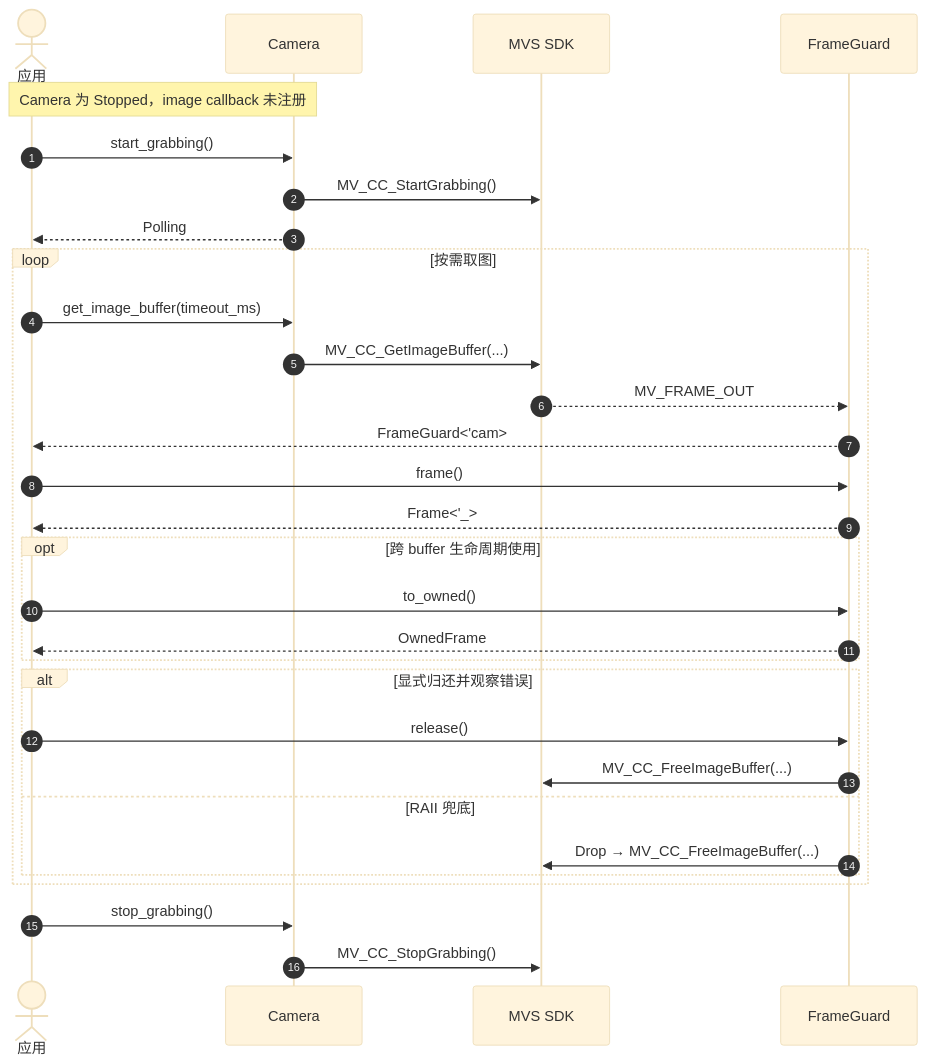
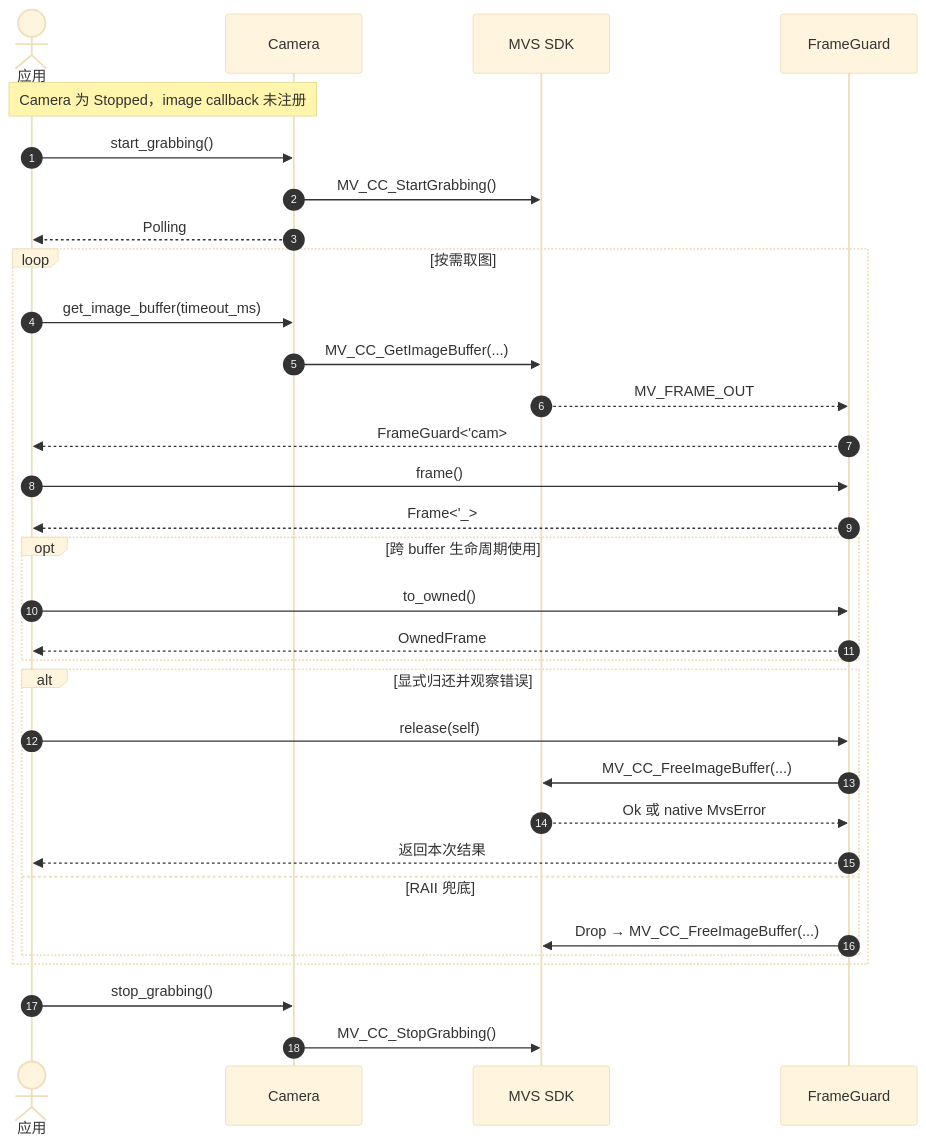
One commit to JSB-Unscarred/mvs-sdk-rs changed the diagram in 时序图/轮询取图与buffer归还.md. Above: the diagram before and after it, drawn with Mermaid (base theme). The commit also changed other lines of this file and 12 other files, not shown here.

````diff
--- a/时序图/轮询取图与buffer归还.md
+++ b/时序图/轮询取图与buffer归还.md
@@ -3,35 +3,37 @@
 ```mermaid
 sequenceDiagram
     autonumber
     actor App as 应用
     participant Camera as Camera
     participant Native as MVS SDK
     participant Guard as FrameGuard
 
     Note over App,Camera: Camera 为 Stopped，image callback 未注册
     App->>Camera: start_grabbing()
     Camera->>Native: MV_CC_StartGrabbing()
     Camera-->>App: Polling
 
     loop 按需取图
         App->>Camera: get_image_buffer(timeout_ms)
         Camera->>Native: MV_CC_GetImageBuffer(...)
         Native-->>Guard: MV_FRAME_OUT
         Guard-->>App: FrameGuard<'cam>
         App->>Guard: frame()
         Guard-->>App: Frame<'_>
         opt 跨 buffer 生命周期使用
             App->>Guard: to_owned()
             Guard-->>App: OwnedFrame
         end
         alt 显式归还并观察错误
-            App->>Guard: release()
+            App->>Guard: release(self)
             Guard->>Native: MV_CC_FreeImageBuffer(...)
+            Native-->>Guard: Ok 或 native MvsError
+            Guard-->>App: 返回本次结果
         else RAII 兜底
             Guard->>Native: Drop → MV_CC_FreeImageBuffer(...)
         end
     end
 
     App->>Camera: stop_grabbing()
     Camera->>Native: MV_CC_StopGrabbing()
 ```
````
